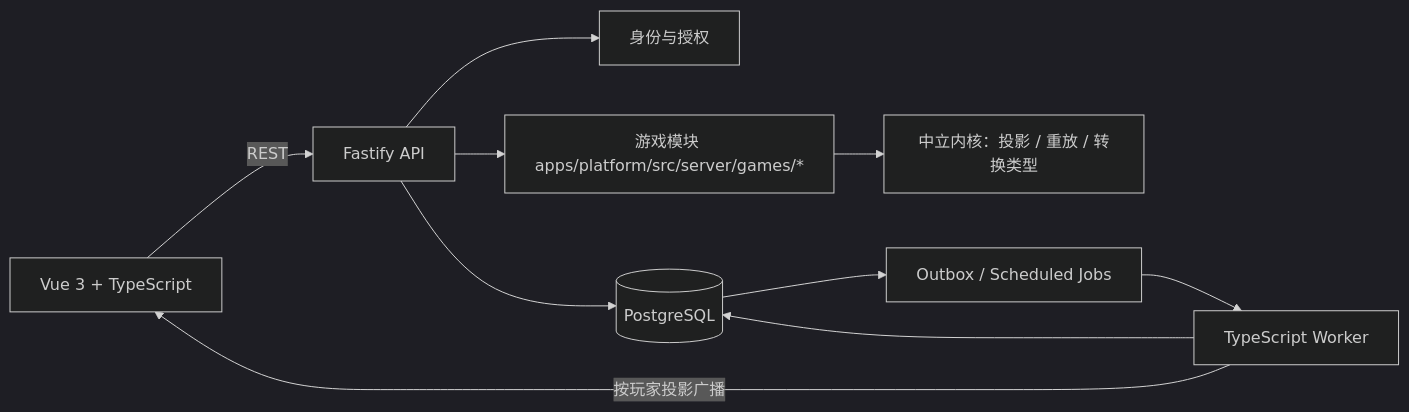
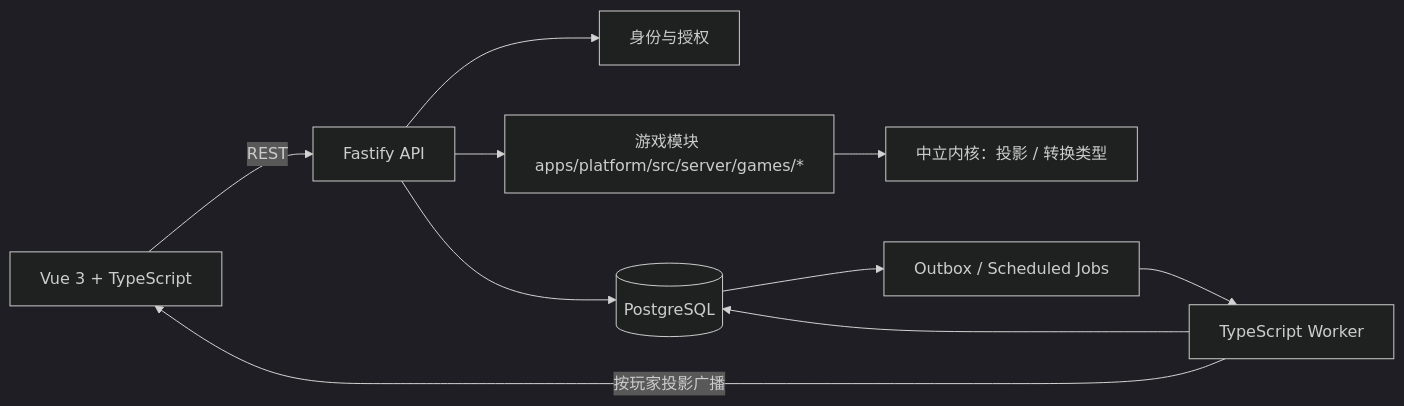
One commit to Fize/vbrpg changed the diagram in docs/platform-migration-plan.md. Above: the diagram before and after it, drawn with Mermaid (dark theme). The commit also changed other lines of this file and 7 other files, not shown here.

````diff
--- a/docs/platform-migration-plan.md
+++ b/docs/platform-migration-plan.md
@@ -63,12 +63,12 @@
 ```mermaid
 flowchart LR
     Browser[Vue 3 + TypeScript] -->|REST| API[Fastify API]
     API --> Auth[身份与授权]
     API --> Games[游戏模块 apps/platform/src/server/games/*]
-    Games --> Engine[中立内核：投影 / 重放 / 转换类型]
+    Games --> Engine[中立内核：投影 / 转换类型]
     API --> DB[(PostgreSQL)]
     Worker[TypeScript Worker] --> DB
     DB --> Outbox[Outbox / Scheduled Jobs]
     Outbox --> Worker
     Worker -->|按玩家投影广播| Browser
 ```
````
